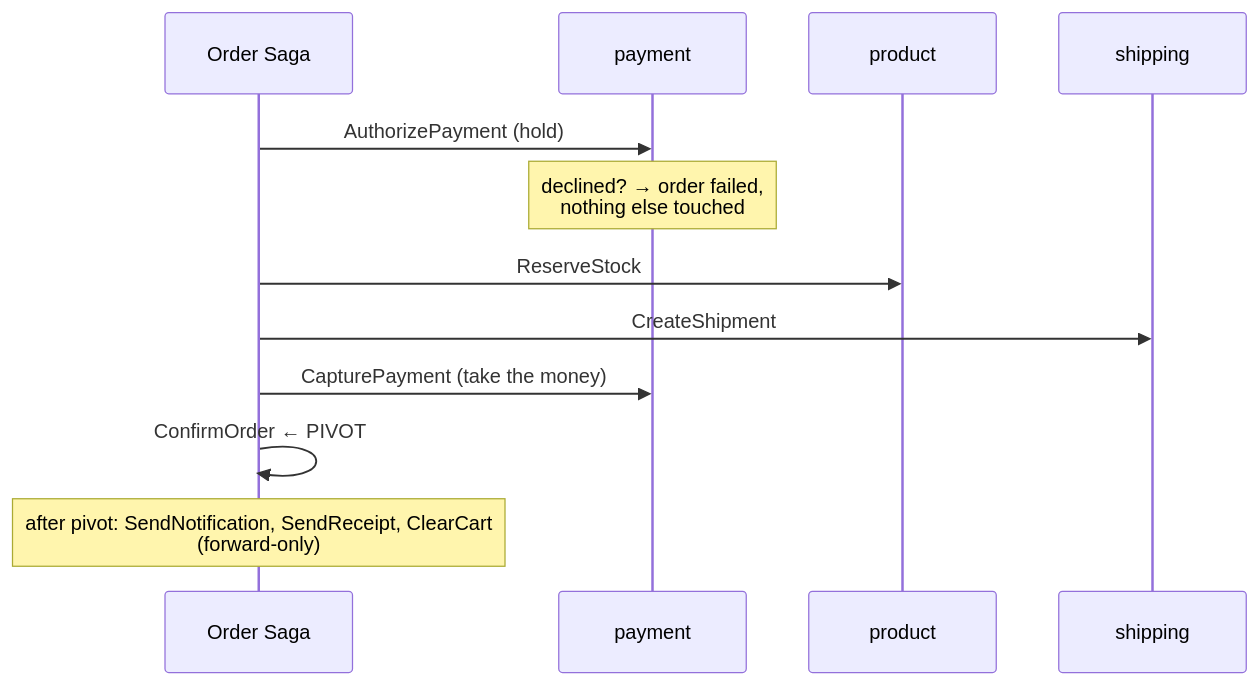
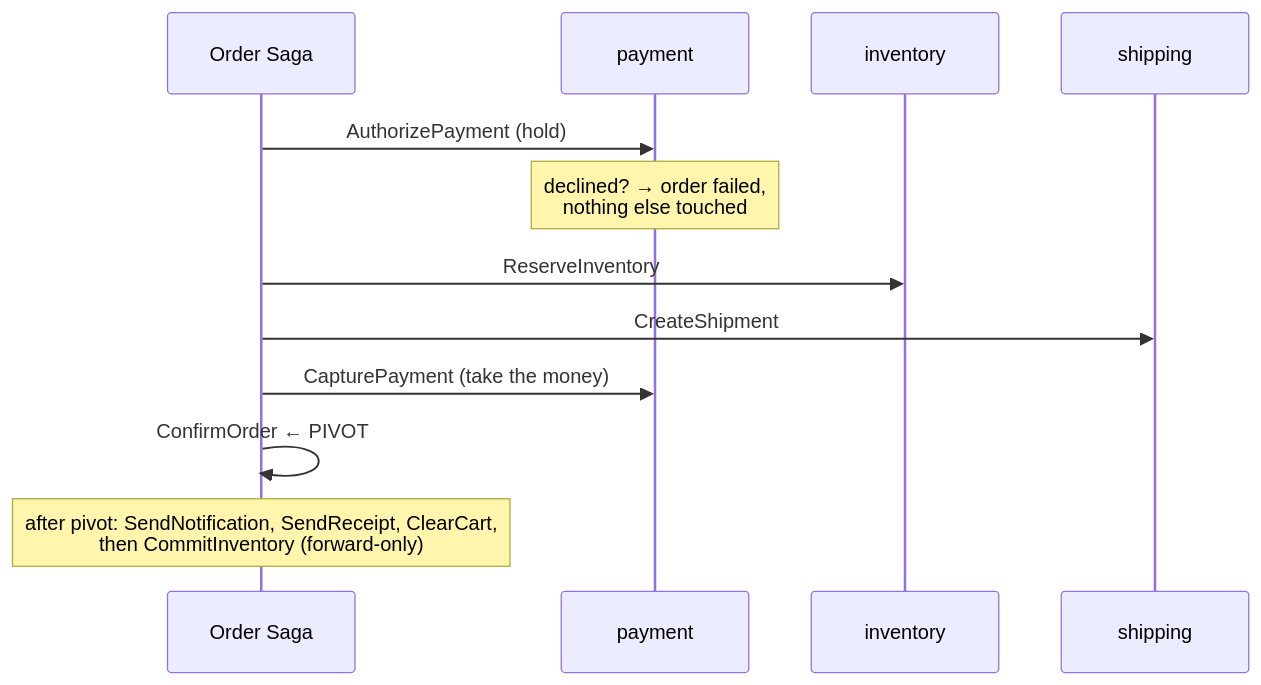
Before and after one commit to duynhlab/homelab: the eighth of 14 diagrams in docs/api/temporal-order-fulfillment.md, drawn with Mermaid. The commit also changed other lines of this file and 5 other files, not shown here.

````diff
--- a/docs/api/temporal-order-fulfillment.md
+++ b/docs/api/temporal-order-fulfillment.md
@@ -386,14 +404,14 @@
 ```mermaid
 sequenceDiagram
     participant W as Order Saga
     participant Pay as payment
-    participant Prod as product
+    participant Inv as inventory
     participant Ship as shipping
     W->>Pay: AuthorizePayment (hold)
     Note over Pay: declined? → order failed,<br/>nothing else touched
-    W->>Prod: ReserveStock
+    W->>Inv: ReserveInventory
     W->>Ship: CreateShipment
     W->>Pay: CapturePayment (take the money)
     W->>W: ConfirmOrder  ← PIVOT
-    Note over W: after pivot: SendNotification, SendReceipt, ClearCart<br/>(forward-only)
+    Note over W: after pivot: SendNotification, SendReceipt, ClearCart,<br/>then CommitInventory (forward-only)
 ```
````
